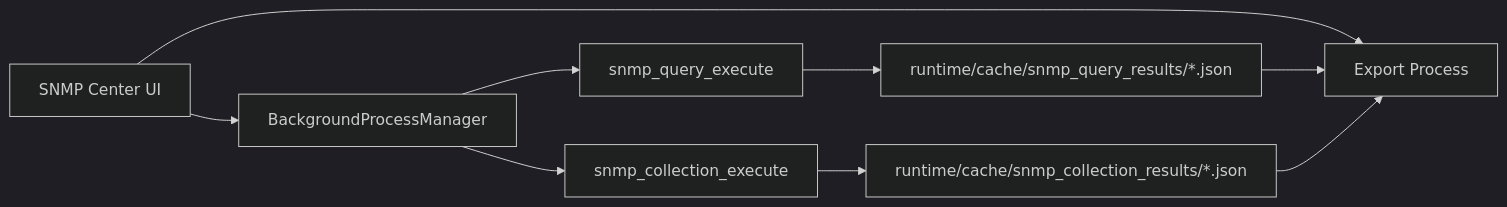
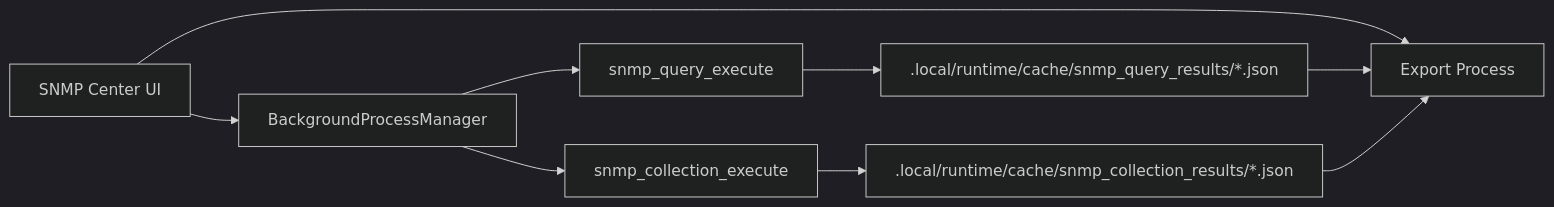
One commit to wxj183589/NetConsole changed the diagram in docs/SNMP_CENTER.md. Above: the diagram before and after it, drawn with Mermaid (dark theme). The commit also changed other lines of this file and 694 other files, not shown here.

````diff
--- a/docs/SNMP_CENTER.md
+++ b/docs/SNMP_CENTER.md
@@ -42,11 +42,11 @@
 ```mermaid
 flowchart LR
     UI["SNMP Center UI"] --> JOB["BackgroundProcessManager"]
     JOB --> Q["snmp_query_execute"]
     JOB --> C["snmp_collection_execute"]
-    Q --> CACHE1["runtime/cache/snmp_query_results/*.json"]
-    C --> CACHE2["runtime/cache/snmp_collection_results/*.json"]
+    Q --> CACHE1[".local/runtime/cache/snmp_query_results/*.json"]
+    C --> CACHE2[".local/runtime/cache/snmp_collection_results/*.json"]
     UI --> EXP["Export Process"]
     CACHE1 --> EXP
     CACHE2 --> EXP
 ```
````
